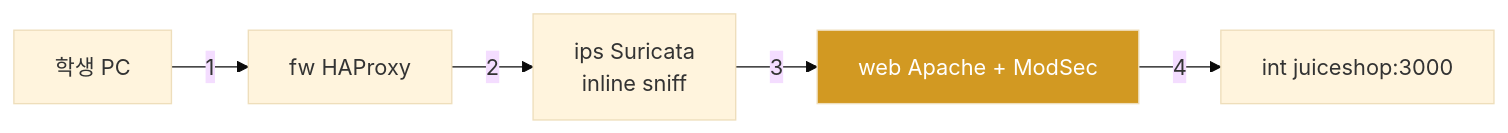
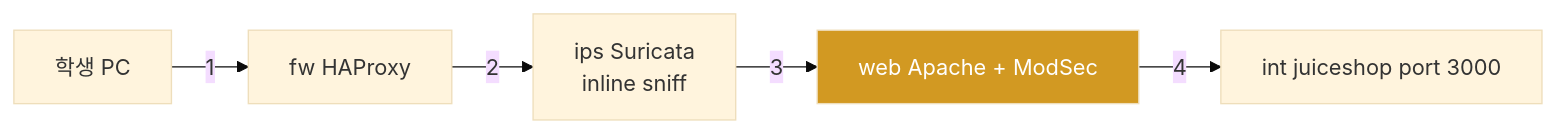
Before and after one commit to mrgrit/ccc: the seventh of 10 diagrams in contents/standalone/lecture/secuops/week01.md, drawn with Mermaid (base theme). The commit also changed other lines of this file and 3 other files, not shown here.

First line of the commit message:
fix(ui): mermaid 렌더링 보강 (securityLevel loose + setTimeout) + W01 mermaid syntax + W02 재작성

````diff
--- a/contents/standalone/lecture/secuops/week01.md
+++ b/contents/standalone/lecture/secuops/week01.md
@@ -450,8 +450,8 @@
 ```mermaid
 graph LR
     SP[학생 PC] -->|1| FW[fw HAProxy]
     FW -->|2| IPS[ips Suricata<br/>inline sniff]
     IPS -->|3| WEB[web Apache + ModSec]
-    WEB -->|4| JUICE[int juiceshop:3000]
+    WEB -->|4| JUICE["int juiceshop port 3000"]
     style WEB fill:#d29922,color:#fff
 ```
````
